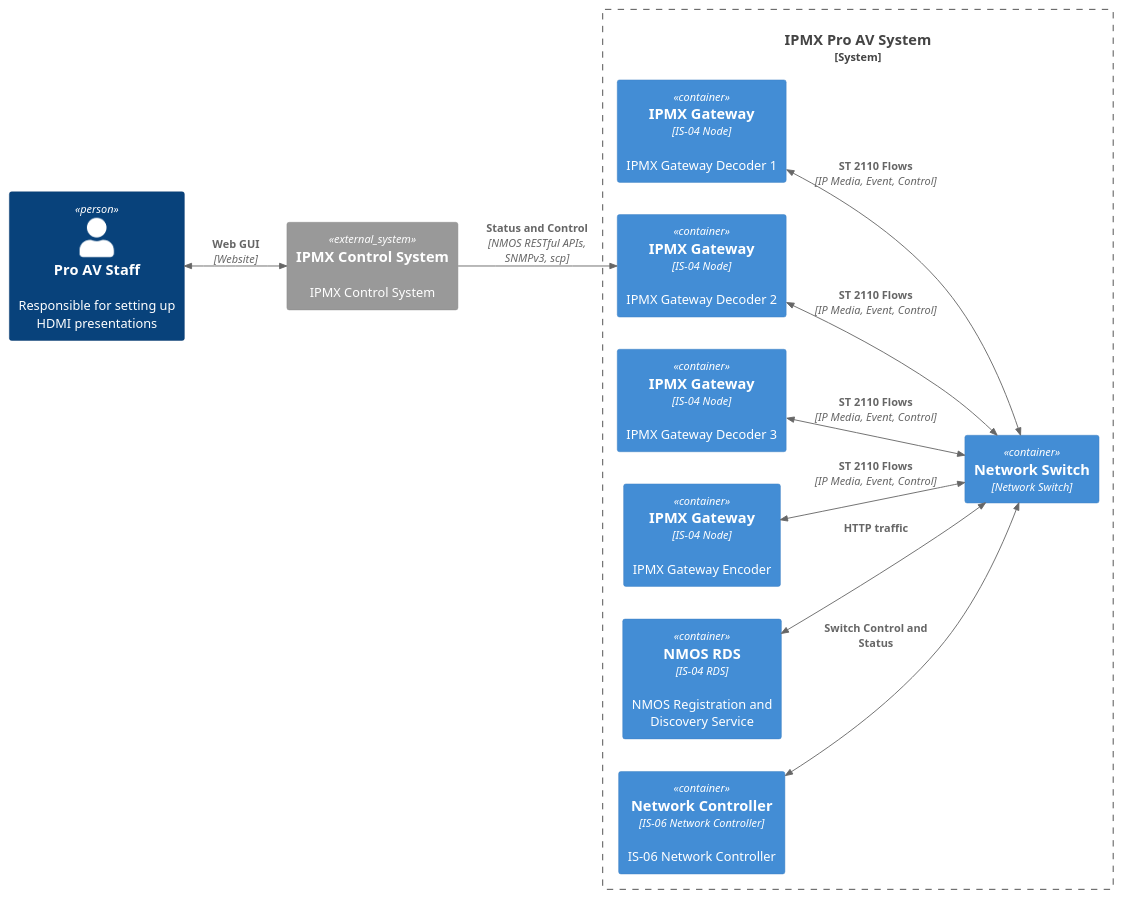
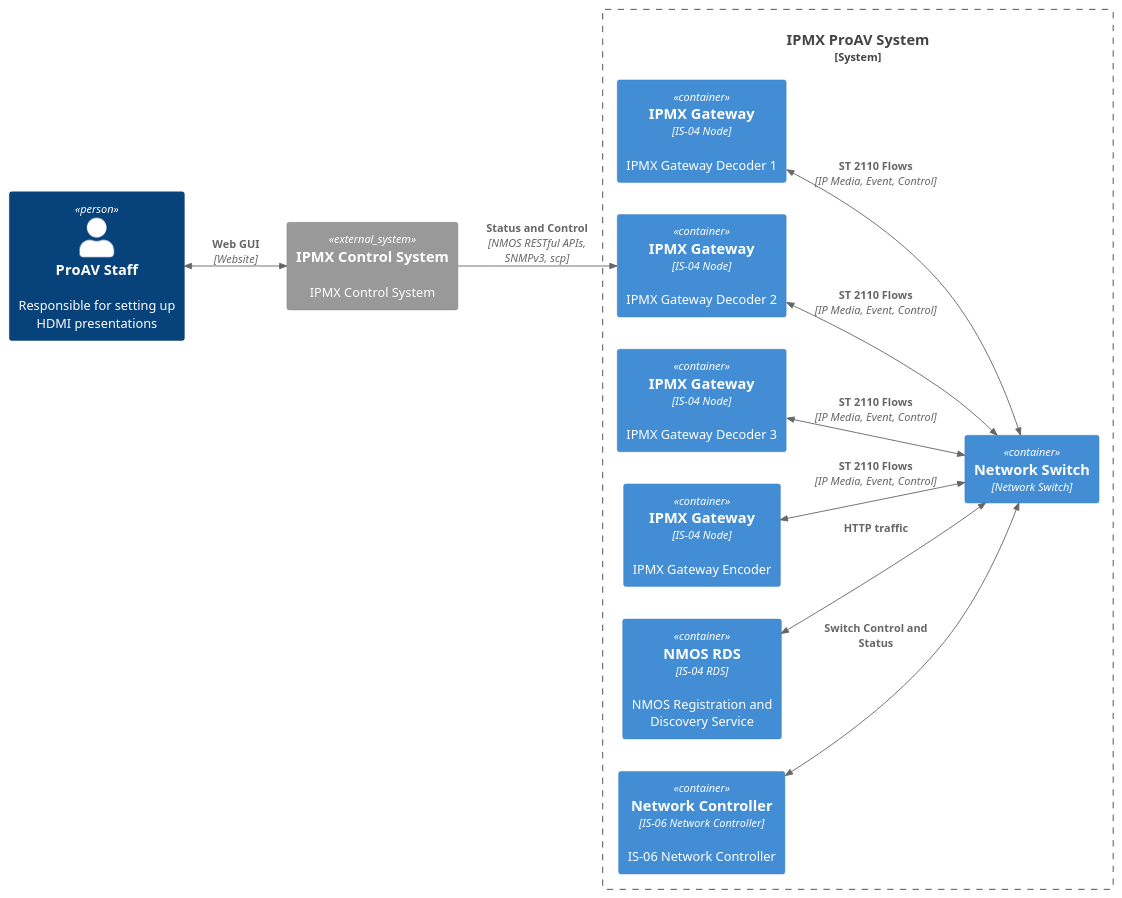
The diagram in docs/images/puml/ipmx_container_diagram.puml (AMWA-TV/bcp-005-01), drawn with PlantUML before and after one commit. The commit also changed 41 other files, not shown here.

```diff
--- a/docs/images/puml/ipmx_container_diagram.puml
+++ b/docs/images/puml/ipmx_container_diagram.puml
@@ -1,29 +1,29 @@
 @startuml
 !include https://raw.githubusercontent.com/plantuml-stdlib/C4-PlantUML/master/C4_Container.puml
 
 LAYOUT_LEFT_RIGHT()
 
-Person(person, "Pro AV Staff", "Responsible for setting up HDMI presentations")
+Person(person, "ProAV Staff", "Responsible for setting up HDMI presentations")
 
 System_Ext(ics, "IPMX Control System", "IPMX Control System")
 
-System_Boundary(proav, "IPMX Pro AV System") {
+System_Boundary(proav, "IPMX ProAV System") {
 
     Container(dec_1, "IPMX Gateway", "IS-04 Node", "IPMX Gateway Decoder 1")
     Container(dec_2, "IPMX Gateway", "IS-04 Node", "IPMX Gateway Decoder 2")
     Container(dec_3, "IPMX Gateway", "IS-04 Node", "IPMX Gateway Decoder 3")
     Container(enc, "IPMX Gateway", "IS-04 Node", "IPMX Gateway Encoder")
     Container(rds, "NMOS RDS", "IS-04 RDS", "NMOS Registration and Discovery Service")
     Container(nc, "Network Controller", "IS-06 Network Controller", "IS-06 Network Controller")
     Container(switch, "Network Switch", "Network Switch")
 }
 
 BiRel(person, ics, "Web GUI", "Website")
 BiRel(dec_1, switch, "ST 2110 Flows", "IP Media, Event, Control")
 BiRel(dec_2, switch, "ST 2110 Flows", "IP Media, Event, Control")
 BiRel(dec_3, switch, "ST 2110 Flows", "IP Media, Event, Control")
 BiRel(enc, switch, "ST 2110 Flows", "IP Media, Event, Control")
 BiRel(nc, switch, "Switch Control and Status")
 BiRel(rds, switch, "HTTP traffic")
 Rel(ics, dec_2, "Status and Control", "NMOS RESTful APIs, SNMPv3, scp")
 @enduml
```
